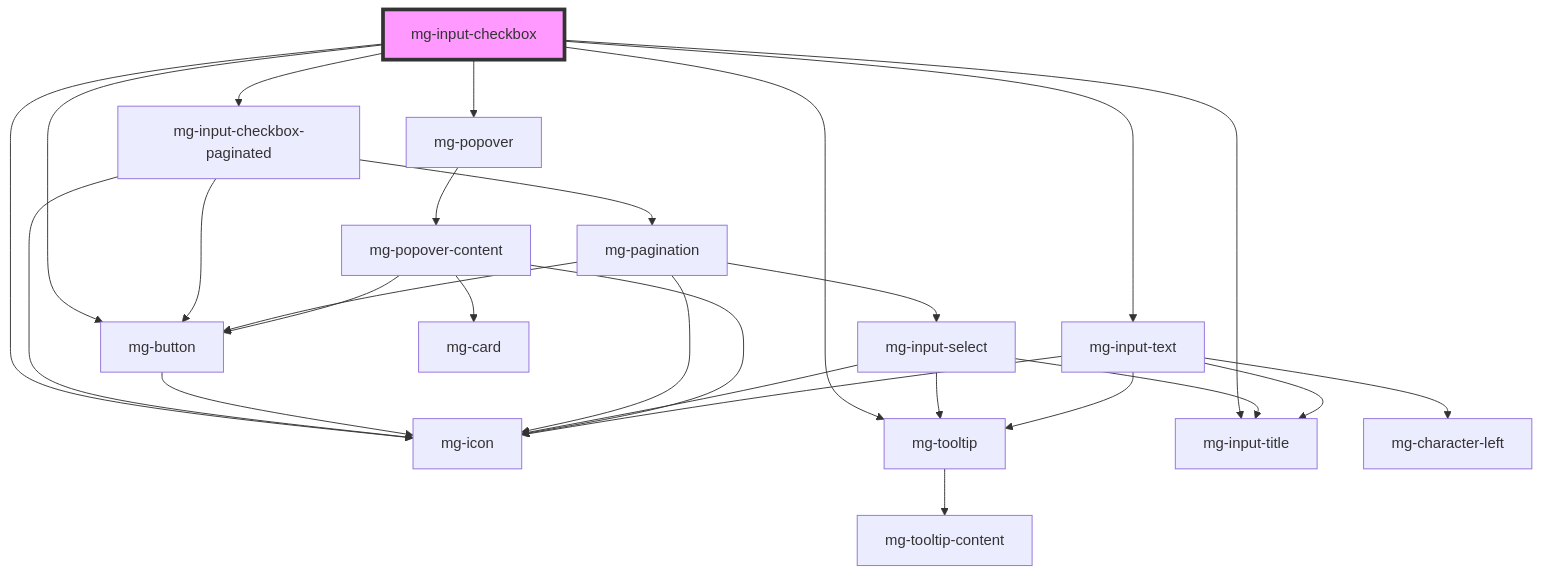
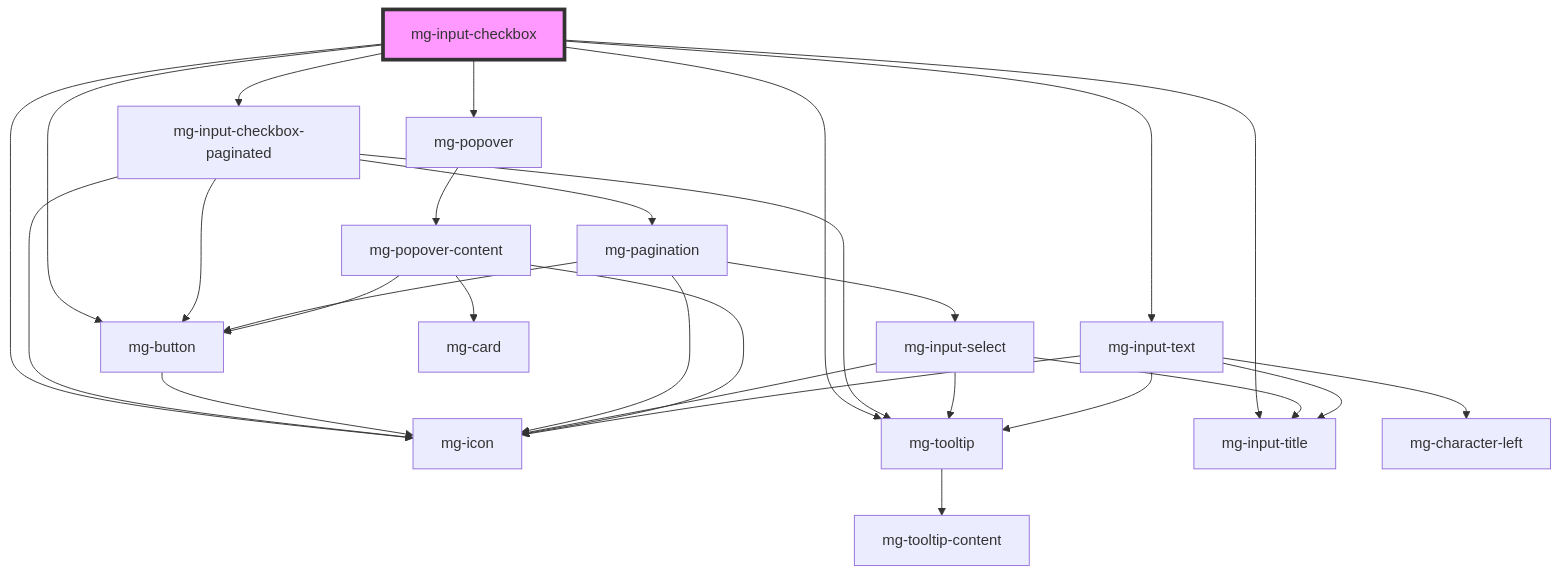
The diagram in packages/mg-components/src/components/molecules/inputs/mg-input-checkbox/readme.md (MGDIS/core-ui), drawn with Mermaid before and after one commit. The commit also changed 11 other files, not shown here.

First line of the commit message:
feat(mgInputCheckbox): update select all action to only apply action on filtered result

````diff
--- a/packages/mg-components/src/components/molecules/inputs/mg-input-checkbox/readme.md
+++ b/packages/mg-components/src/components/molecules/inputs/mg-input-checkbox/readme.md
@@ -149,30 +149,31 @@
 ```mermaid
 graph TD;
   mg-input-checkbox --> mg-input-checkbox-paginated
   mg-input-checkbox --> mg-popover
   mg-input-checkbox --> mg-button
   mg-input-checkbox --> mg-icon
   mg-input-checkbox --> mg-input-text
   mg-input-checkbox --> mg-tooltip
   mg-input-checkbox --> mg-input-title
   mg-input-checkbox-paginated --> mg-button
   mg-input-checkbox-paginated --> mg-icon
+  mg-input-checkbox-paginated --> mg-tooltip
   mg-input-checkbox-paginated --> mg-pagination
   mg-button --> mg-icon
+  mg-tooltip --> mg-tooltip-content
   mg-pagination --> mg-button
   mg-pagination --> mg-icon
   mg-pagination --> mg-input-select
   mg-input-select --> mg-tooltip
   mg-input-select --> mg-icon
   mg-input-select --> mg-input-title
-  mg-tooltip --> mg-tooltip-content
   mg-popover --> mg-popover-content
   mg-popover-content --> mg-card
   mg-popover-content --> mg-button
   mg-popover-content --> mg-icon
   mg-input-text --> mg-icon
   mg-input-text --> mg-character-left
   mg-input-text --> mg-tooltip
   mg-input-text --> mg-input-title
   style mg-input-checkbox fill:#f9f,stroke:#333,stroke-width:4px
 ```
````
